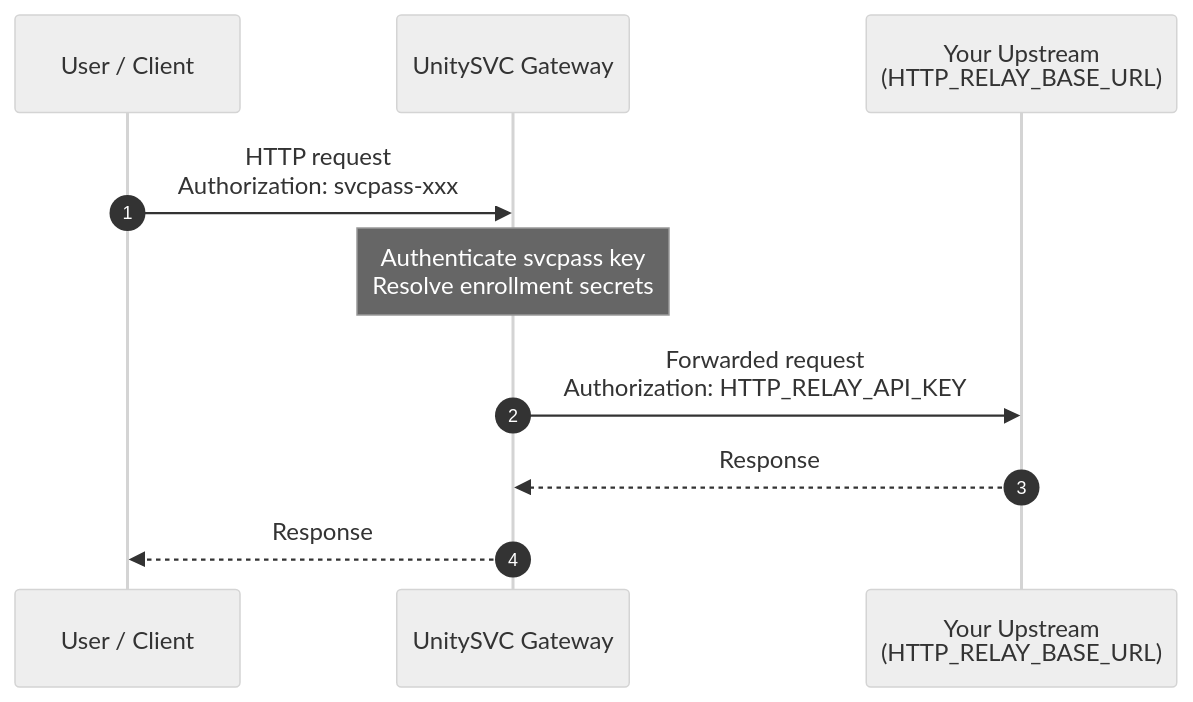
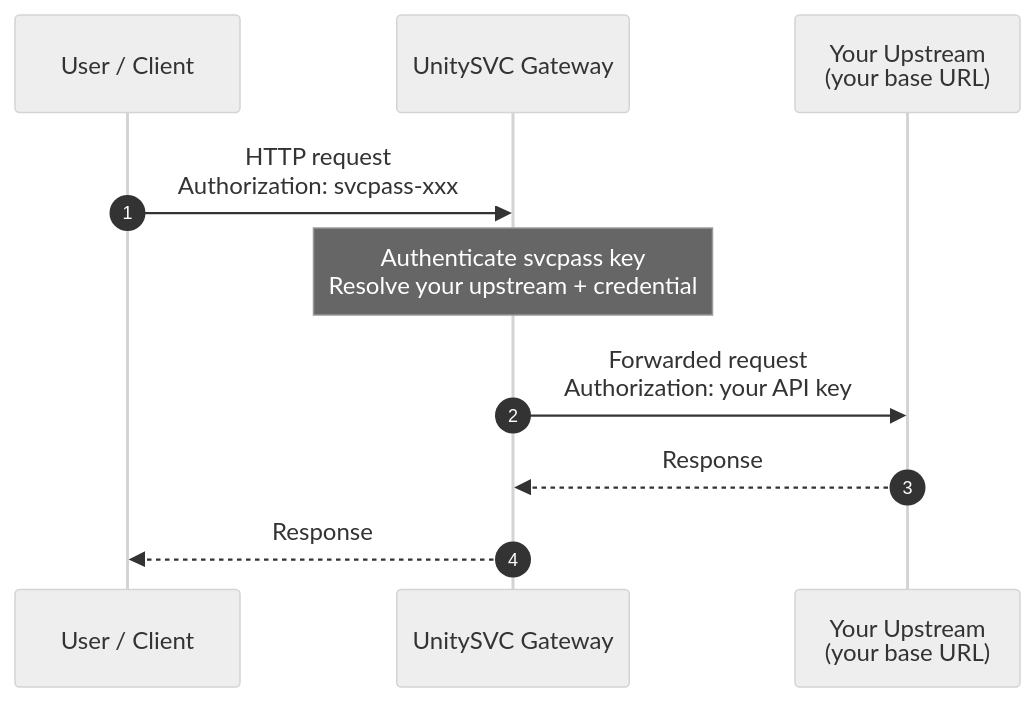
Before and after one commit to unitysvc-labs/unitysvc-services-http: the diagram in specs/http-relay/byok-description.md, drawn with Mermaid (neutral theme). The commit also changed other lines of this file and 2 other files, not shown here.

First line of the commit message:
docs: merge relay tutorial into one how-to (service + two usage methods)

````diff
--- a/specs/http-relay/byok-description.md
+++ b/specs/http-relay/byok-description.md
@@ -7,13 +7,13 @@
 ```mermaid
 sequenceDiagram
     autonumber
     participant U as User / Client
     participant G as UnitySVC Gateway
-    participant E as Your Upstream<br/>(HTTP_RELAY_BASE_URL)
+    participant E as Your Upstream<br/>(your base URL)
 
     U->>G: HTTP request<br/>Authorization: svcpass-xxx
-    Note over G: Authenticate svcpass key<br/>Resolve enrollment secrets
-    G->>E: Forwarded request<br/>Authorization: HTTP_RELAY_API_KEY
+    Note over G: Authenticate svcpass key<br/>Resolve your upstream + credential
+    G->>E: Forwarded request<br/>Authorization: your API key
     E-->>G: Response
     G-->>U: Response
 ```
````
